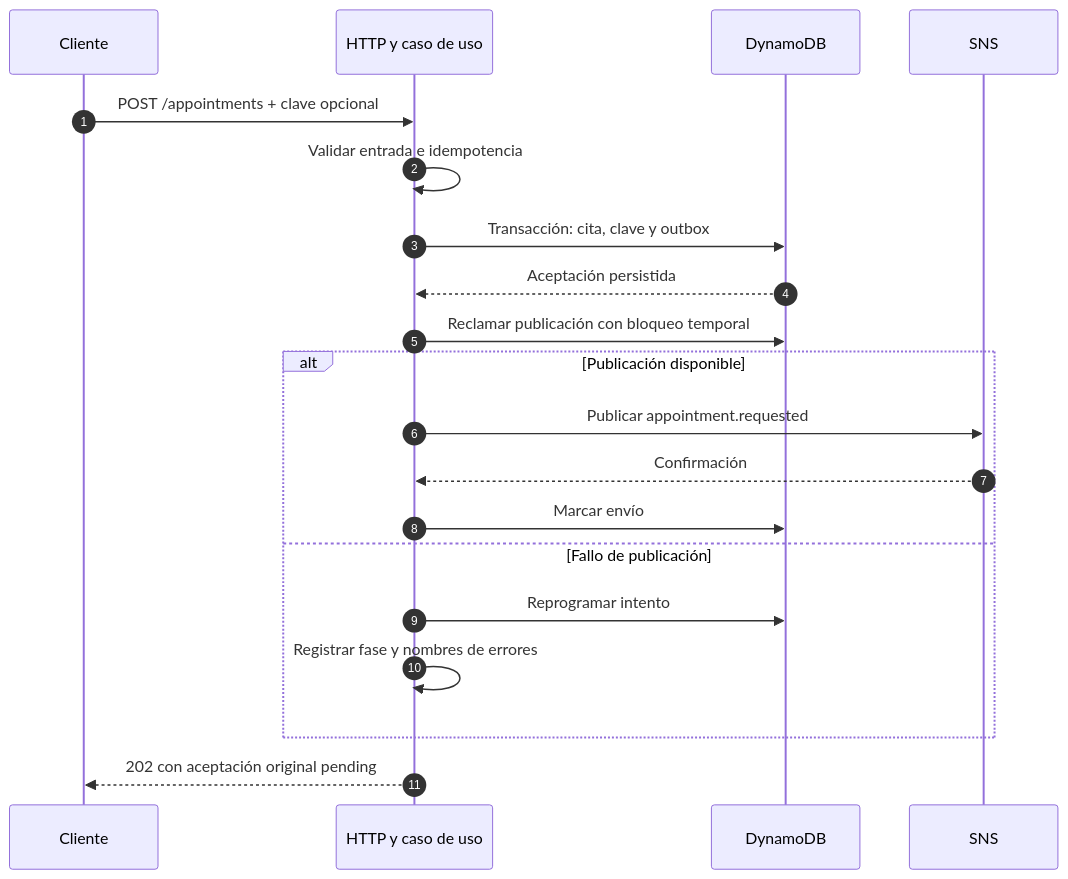
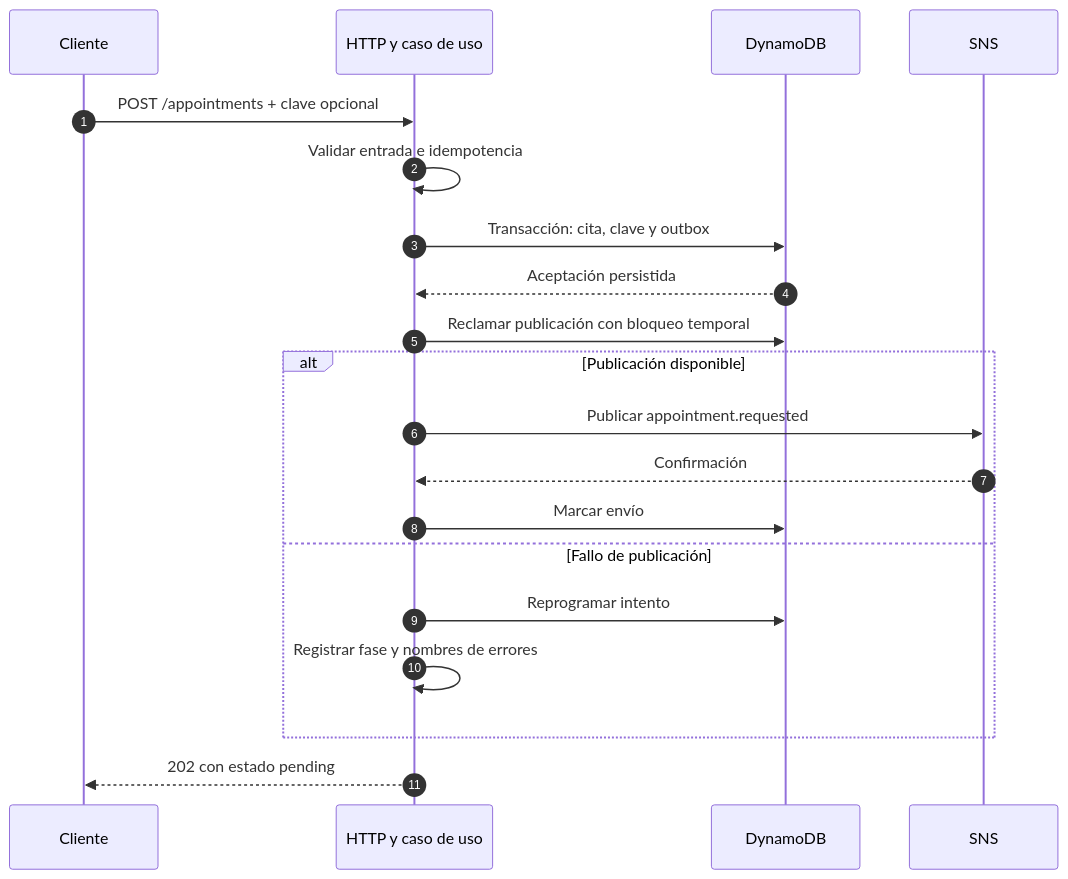
One commit to OliPau/rimac-api changed the first of 5 diagrams in docs/flujos.md. Above: the diagram before and after it, drawn with Mermaid. The commit also changed other lines of this file and 13 other files, not shown here.

````diff
--- a/docs/flujos.md
+++ b/docs/flujos.md
@@ -5,22 +5,22 @@
 ```mermaid
 sequenceDiagram
     autonumber
     participant Client as Cliente
     participant API as HTTP y caso de uso
     participant DB as DynamoDB
     participant SNS as SNS
     Client->>API: POST /appointments + clave opcional
     API->>API: Validar entrada e idempotencia
     API->>DB: Transacción: cita, clave y outbox
     DB-->>API: Aceptación persistida
     API->>DB: Reclamar publicación con bloqueo temporal
     alt Publicación disponible
         API->>SNS: Publicar appointment.requested
         SNS-->>API: Confirmación
         API->>DB: Marcar envío
     else Fallo de publicación
         API->>DB: Reprogramar intento
         API->>API: Registrar fase y nombres de errores
     end
-    API-->>Client: 202 con aceptación original pending
+    API-->>Client: 202 con estado pending
 ```
````
